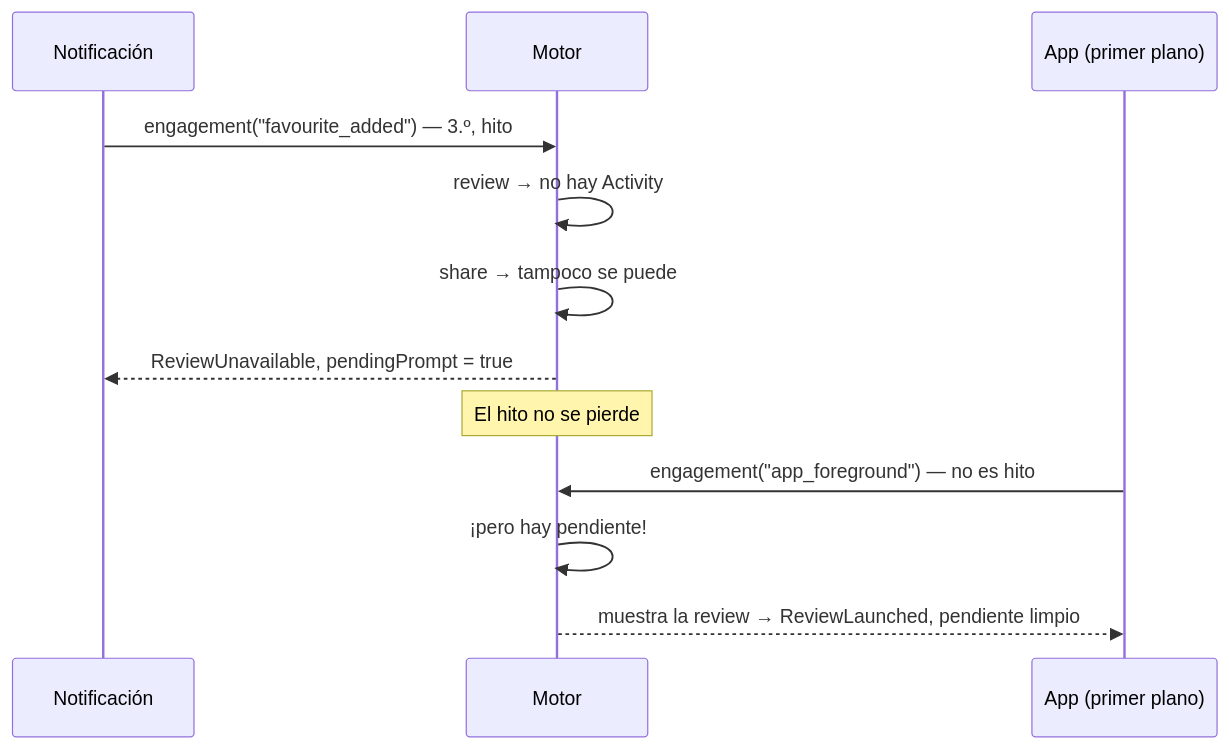
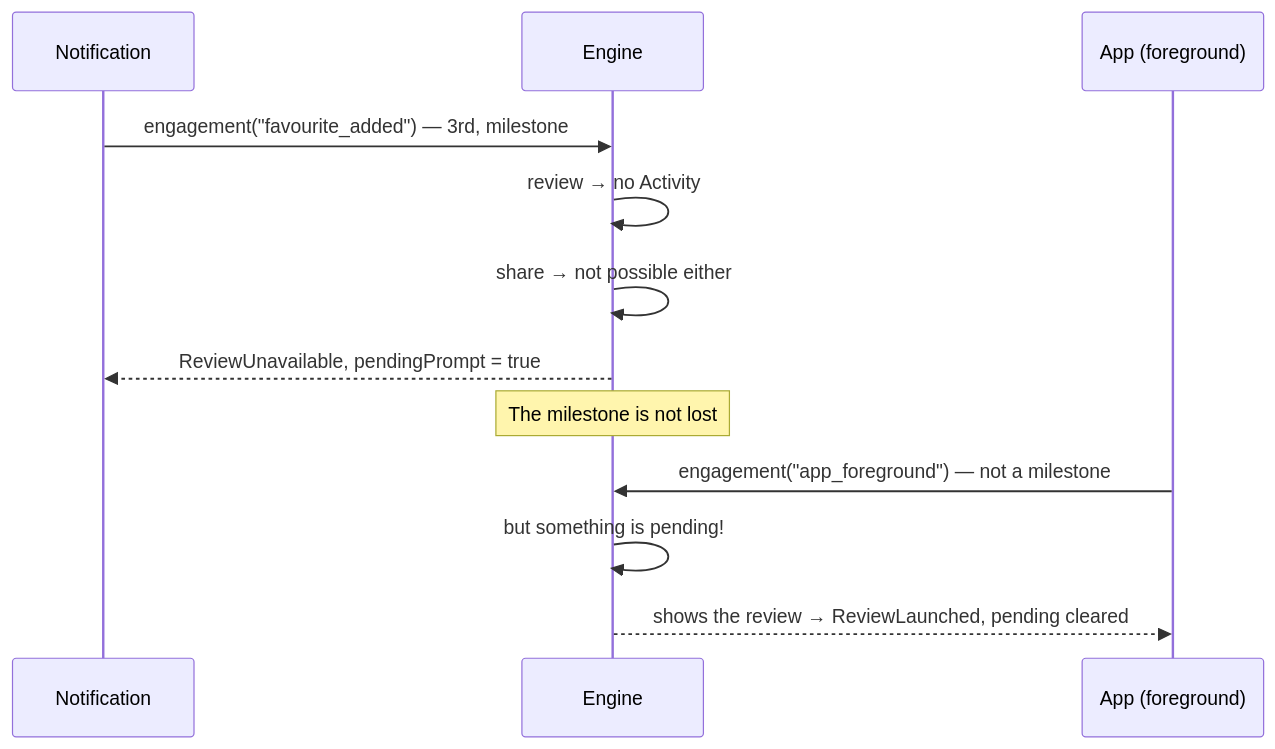
The third of 5 diagrams in platform/engagement/README.md (raxden/android-platform), drawn with Mermaid before and after one commit. The commit also changed other lines of this file, not shown here.

Commit message:
Translate the engagement module guide to English

````diff
--- a/platform/engagement/README.md
+++ b/platform/engagement/README.md
@@ -116,14 +116,14 @@
 ```mermaid
 sequenceDiagram
-    participant N as Notificación
-    participant E as Motor
-    participant App as App (primer plano)
-    N->>E: engagement("favourite_added") — 3.º, hito
-    E->>E: review → no hay Activity
-    E->>E: share → tampoco se puede
+    participant N as Notification
+    participant E as Engine
+    participant App as App (foreground)
+    N->>E: engagement("favourite_added") — 3rd, milestone
+    E->>E: review → no Activity
+    E->>E: share → not possible either
     E-->>N: ReviewUnavailable, pendingPrompt = true
-    Note over E: El hito no se pierde
-    App->>E: engagement("app_foreground") — no es hito
-    E->>E: ¡pero hay pendiente!
-    E-->>App: muestra la review → ReviewLaunched, pendiente limpio
+    Note over E: The milestone is not lost
+    App->>E: engagement("app_foreground") — not a milestone
+    E->>E: but something is pending!
+    E-->>App: shows the review → ReviewLaunched, pending cleared
 ```
````
